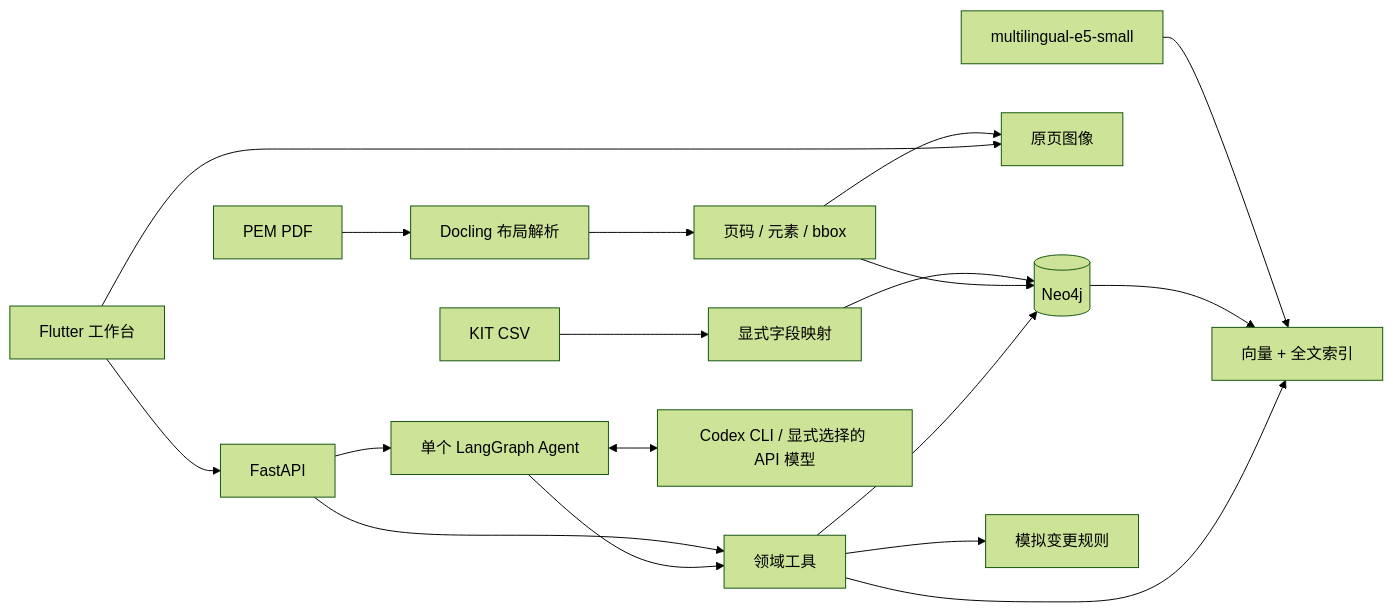
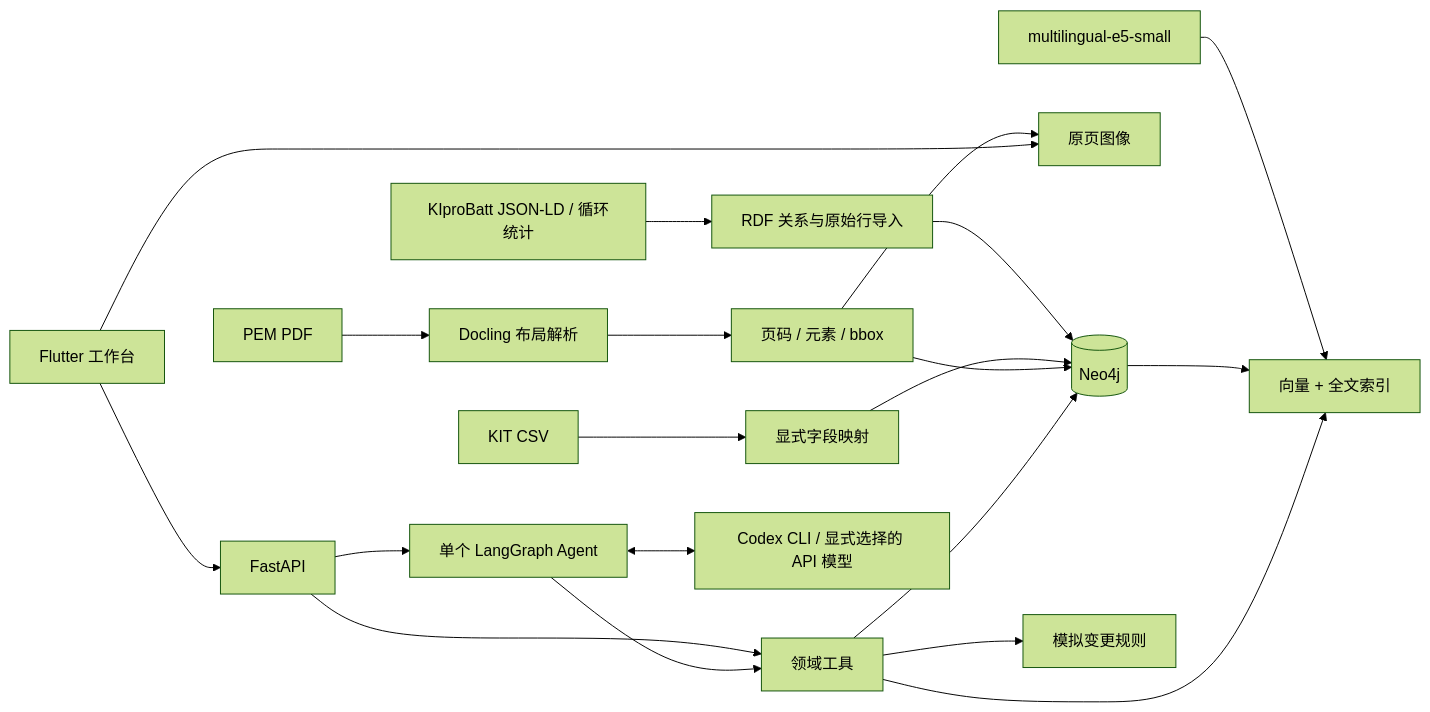
One commit to berlin6908/BatteryCopilot changed the first of 2 diagrams in docs/architecture.md. Above: the diagram before and after it, drawn with Mermaid (forest theme). The commit also changed other lines of this file and 14 other files, not shown here.

````diff
--- a/docs/architecture.md
+++ b/docs/architecture.md
@@ -20,20 +24,22 @@
 ```mermaid
 flowchart LR
+    JSONLD[KIproBatt JSON-LD / 循环统计] --> MfgImport[RDF 关系与原始行导入]
+    MfgImport --> Neo4j[(Neo4j)]
     CSV[KIT CSV] --> Import[显式字段映射]
     PDF[PEM PDF] --> Docling[Docling 布局解析]
-    Import --> Neo4j[(Neo4j)]
+    Import --> Neo4j
     Docling --> Evidence[页码 / 元素 / bbox]
     Evidence --> Neo4j
     Evidence --> Pages[原页图像]
     E5[multilingual-e5-small] --> Index[向量 + 全文索引]
     Neo4j --> Index
     Flutter[Flutter 工作台] --> API[FastAPI]
     API --> Tools[领域工具]
     API --> Agent[单个 LangGraph Agent]
     Agent <--> Model[Codex CLI / 显式选择的 API 模型]
     Agent --> Tools
     Tools --> Neo4j
     Tools --> Index
     Tools --> Rules[模拟变更规则]
     Flutter --> Pages
 ```
````
